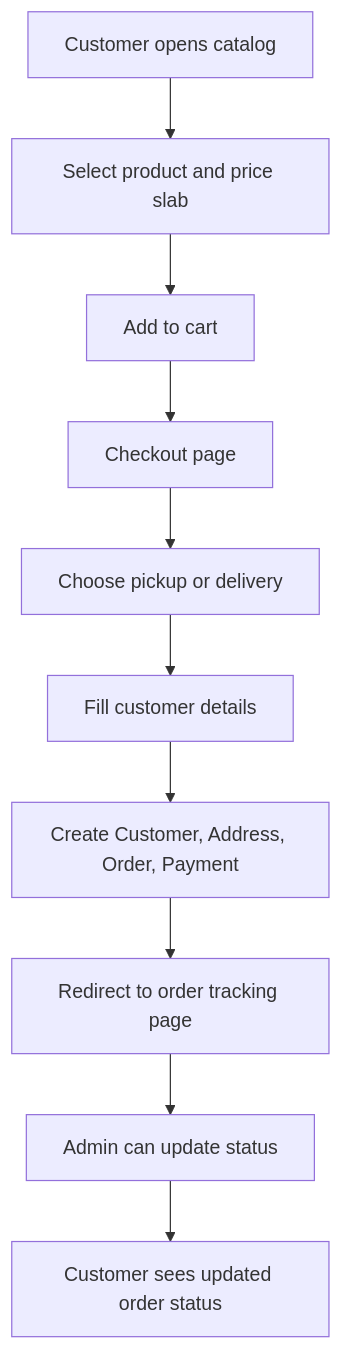
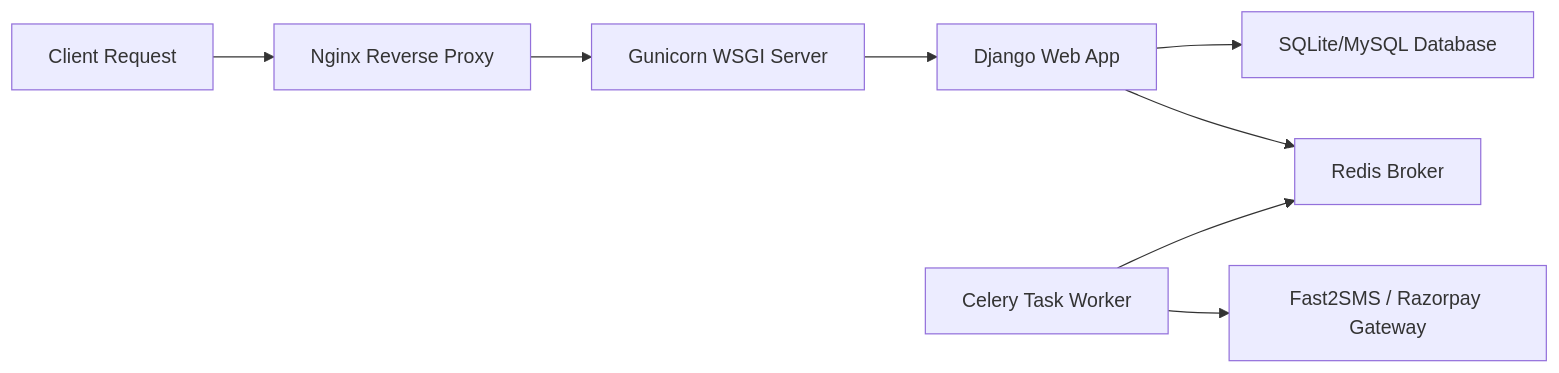
Before and after one commit to leoxurDev/SMK-Maavu-Kadai: the second of 2 diagrams in README.md, drawn with Mermaid. The commit also changed other lines of this file, not shown here.

Commit message:
Update README.md with features, architecture diagrams, and running steps

````diff
--- a/README.md
+++ b/README.md
@@ -91,12 +75,10 @@
 ```mermaid
-flowchart TD
-    A[Customer opens catalog] --> B[Select product and price slab]
-    B --> C[Add to cart]
-    C --> D[Checkout page]
-    D --> E[Choose pickup or delivery]
-    E --> F[Fill customer details]
-    F --> G[Create Customer, Address, Order, Payment]
-    G --> H[Redirect to order tracking page]
-    H --> I[Admin can update status]
-    I --> J[Customer sees updated order status]
+flowchart LR
+    A[Client Request] --> B[Nginx Reverse Proxy]
+    B --> C[Gunicorn WSGI Server]
+    C --> D[Django Web App]
+    D --> E[SQLite/MySQL Database]
+    D --> F[Redis Broker]
+    G[Celery Task Worker] --> F
+    G --> H[Fast2SMS / Razorpay Gateway]
 ```
````
